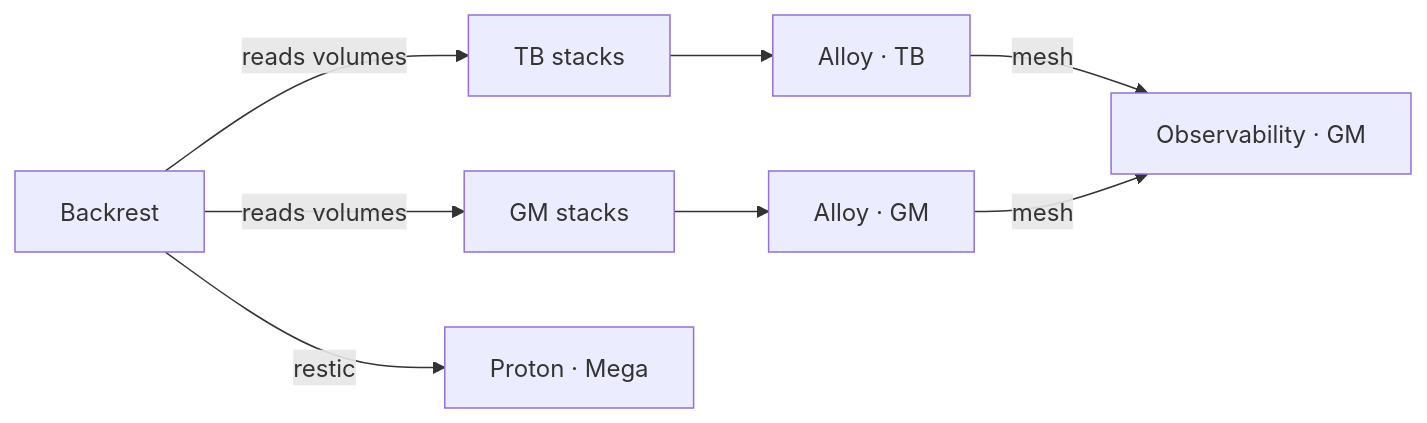
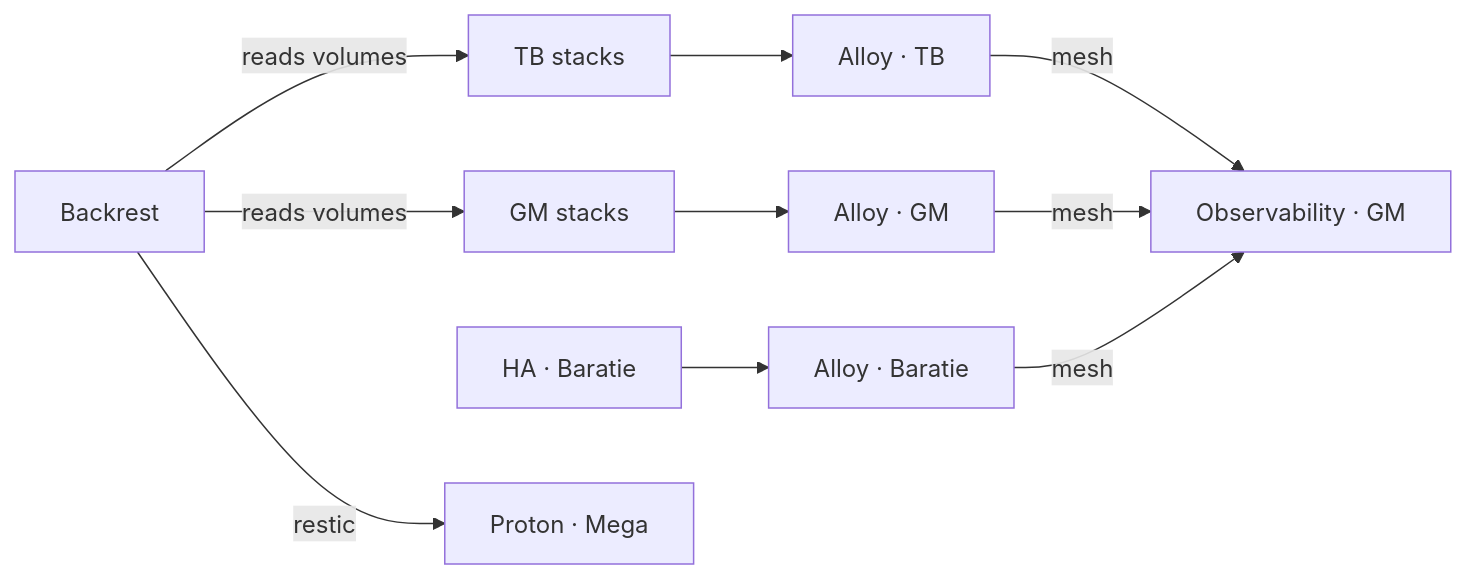
Before and after one commit to siffreinsg/the-sea: the third of 3 diagrams in docs/ARCHI.md, drawn with Mermaid. The commit also changed other lines of this file and 4 other files, not shown here.

````diff
--- a/docs/ARCHI.md
+++ b/docs/ARCHI.md
@@ -28,8 +28,9 @@
 ```mermaid
 flowchart LR
   tb[TB stacks] --> alloy_tb[Alloy · TB]
   gm[GM stacks] --> alloy_gm[Alloy · GM]
-  alloy_tb & alloy_gm -->|mesh| obs[Observability · GM]
+  baratie[HA · Baratie] --> alloy_baratie[Alloy · Baratie]
+  alloy_tb & alloy_gm & alloy_baratie -->|mesh| obs[Observability · GM]
   backrest[Backrest] -->|reads volumes| tb & gm
   backrest -->|restic| off[Proton · Mega]
 ```
````
